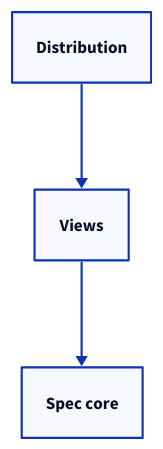
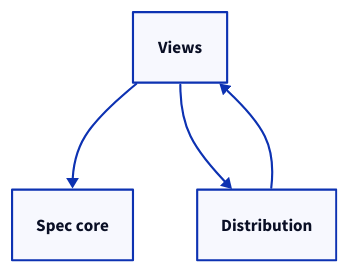
Before and after one commit to FTOD/concorde: the fourth of 4 diagrams in specs/concorde/spec-tooling/views/module.md, drawn with D2. The commit also changed other lines of this file and 2 other files, not shown here.

First line of the commit message:
views: select Spec core's contracts and errors, declare the reliance on Distribution's template installation

````diff
--- a/specs/concorde/spec-tooling/views/module.md
+++ b/specs/concorde/spec-tooling/views/module.md
@@ -299,7 +300,8 @@
 ```d2
 views: Views
 core: Spec core
 distribution: Distribution
 views -> core
+views -> distribution
 distribution -> views
 ```
````
